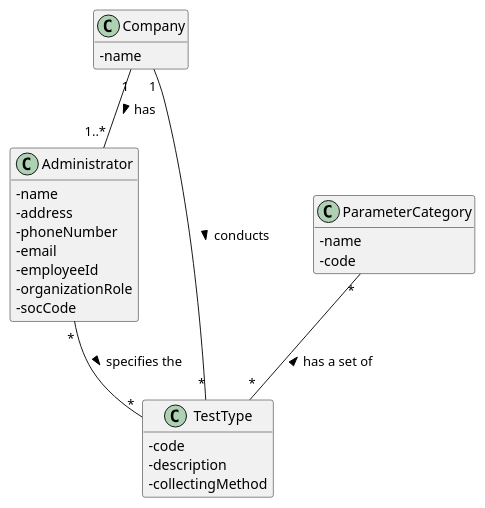
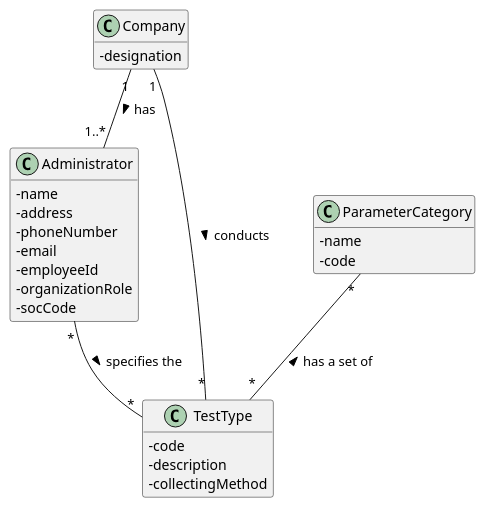
The diagram in docs/SprintB/US09/US09_DM.puml (manu-07-ela/LAPR2_ISEP), drawn with PlantUML before and after one commit. The commit also changed 4 other files, not shown here.

```diff
--- a/docs/SprintB/US09/US09_DM.puml
+++ b/docs/SprintB/US09/US09_DM.puml
@@ -1,39 +1,39 @@
 @startuml
 hide methods
 'left to right direction
 skinparam classAttributeIconSize 0
 
 class Company{
--name
+-designation
 }
 
 
 class Administrator{
 -name
 -address
 -phoneNumber
 -email
 -employeeId
 -organizationRole
 -socCode
 }
 
 class TestType{
 -code
 -description
 -collectingMethod
 }
 
 
 class ParameterCategory{
 -name
 -code
 }
 
 
 Company "1"--"1..*" Administrator : has >
 Company "1"--"*" TestType : conducts >
 Administrator "*"--"*" TestType : specifies the >
 ParameterCategory "*"--"*" TestType : has a set of <
 
 @enduml
```
